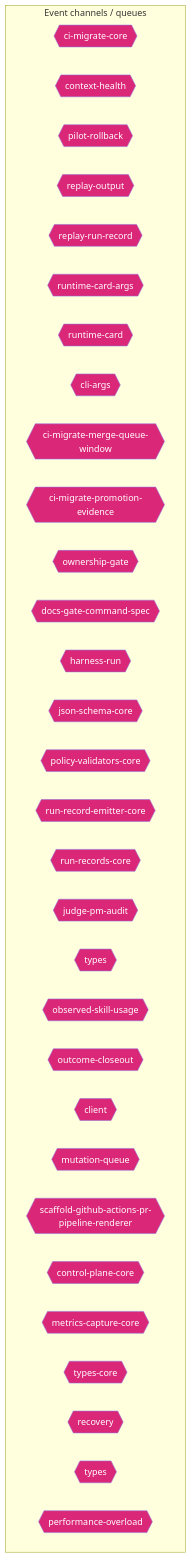
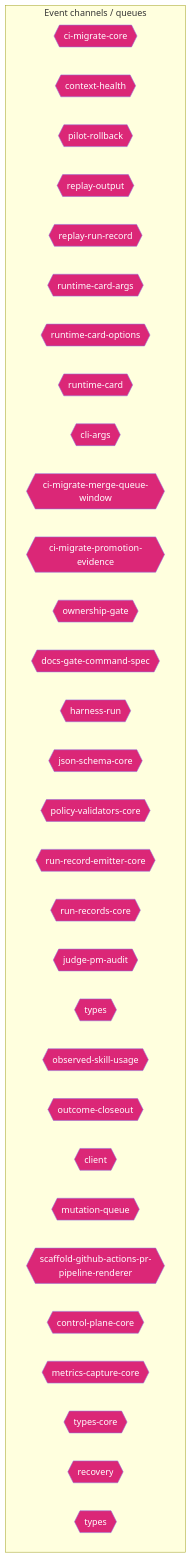
Before and after one commit to jscraik/coding-harness: the ninth of 14 diagrams in AI/context/diagram-context.md, drawn with Mermaid. The commit also changed other lines of this file and 4 other files, not shown here.

First line of the commit message:
docs(architecture): refresh cockpit diagrams

````diff
--- a/AI/context/diagram-context.md
+++ b/AI/context/diagram-context.md
@@ -1078,38 +1117,38 @@
 ```mermaid
 flowchart TD
   subgraph Channels["Event channels / queues"]
     ci_migrate_core_7005b5af{{"ci-migrate-core"}}
     context_health_80bb7da9{{"context-health"}}
     pilot_rollback_00c1f82c{{"pilot-rollback"}}
     replay_output_993eda9e{{"replay-output"}}
     replay_run_record_9a08cce2{{"replay-run-record"}}
     runtime_card_args_2b3d4b28{{"runtime-card-args"}}
+    runtime_card_options_c9156ad5{{"runtime-card-options"}}
     runtime_card_e06b53e1{{"runtime-card"}}
     cli_args_1_6144b055{{"cli-args"}}
     ci_migrate_merge_queue_window_0070bd6d{{"ci-migrate-merge-queue-window"}}
     ci_migrate_promotion_evidence_1a2dc527{{"ci-migrate-promotion-evidence"}}
     ownership_gate_2e194d13{{"ownership-gate"}}
     docs_gate_command_spec_16795187{{"docs-gate-command-spec"}}
     harness_run_c0761792{{"harness-run"}}
     json_schema_core_96d7e328{{"json-schema-core"}}
     policy_validators_core_714a3fe7{{"policy-validators-core"}}
     run_record_emitter_core_688049d5{{"run-record-emitter-core"}}
     run_records_core_89286dfa{{"run-records-core"}}
     judge_pm_audit_ccd20b35{{"judge-pm-audit"}}
     types_8_f6283648{{"types"}}
     observed_skill_usage_ed7d5930{{"observed-skill-usage"}}
     outcome_closeout_ba497ec2{{"outcome-closeout"}}
     client_948fe603{{"client"}}
     mutation_queue_ce5a530e{{"mutation-queue"}}
     scaffold_github_actions_pr_pipeline_renderer_1ee18de5{{"scaffold-github-actions-pr-pipeline-renderer"}}
     control_plane_core_db3b4cb2{{"control-plane-core"}}
     metrics_capture_core_db4bf7cf{{"metrics-capture-core"}}
     types_core_1_8bd0f8fd{{"types-core"}}
     recovery_8c585378{{"recovery"}}
     types_20_071a0112{{"types"}}
-    performance_overload_c685bfcf{{"performance-overload"}}
   end
   classDef eventNode fill:#db2777,color:#fff
-  class ci_migrate_core_7005b5af,context_health_80bb7da9,pilot_rollback_00c1f82c,replay_output_993eda9e,replay_run_record_9a08cce2,runtime_card_args_2b3d4b28,runtime_card_e06b53e1,cli_args_1_6144b055,ci_migrate_merge_queue_window_0070bd6d,ci_migrate_promotion_evidence_1a2dc527,ownership_gate_2e194d13,docs_gate_command_spec_16795187,harness_run_c0761792,json_schema_core_96d7e328,policy_validators_core_714a3fe7,run_record_emitter_core_688049d5,run_records_core_89286dfa,judge_pm_audit_ccd20b35,types_8_f6283648,observed_skill_usage_ed7d5930,outcome_closeout_ba497ec2,client_948fe603,mutation_queue_ce5a530e,scaffold_github_actions_pr_pipeline_renderer_1ee18de5,control_plane_core_db3b4cb2,metrics_capture_core_db4bf7cf,types_core_1_8bd0f8fd,recovery_8c585378,types_20_071a0112,performance_overload_c685bfcf eventNode
+  class ci_migrate_core_7005b5af,context_health_80bb7da9,pilot_rollback_00c1f82c,replay_output_993eda9e,replay_run_record_9a08cce2,runtime_card_args_2b3d4b28,runtime_card_options_c9156ad5,runtime_card_e06b53e1,cli_args_1_6144b055,ci_migrate_merge_queue_window_0070bd6d,ci_migrate_promotion_evidence_1a2dc527,ownership_gate_2e194d13,docs_gate_command_spec_16795187,harness_run_c0761792,json_schema_core_96d7e328,policy_validators_core_714a3fe7,run_record_emitter_core_688049d5,run_records_core_89286dfa,judge_pm_audit_ccd20b35,types_8_f6283648,observed_skill_usage_ed7d5930,outcome_closeout_ba497ec2,client_948fe603,mutation_queue_ce5a530e,scaffold_github_actions_pr_pipeline_renderer_1ee18de5,control_plane_core_db3b4cb2,metrics_capture_core_db4bf7cf,types_core_1_8bd0f8fd,recovery_8c585378,types_20_071a0112 eventNode
 
 ```
````
